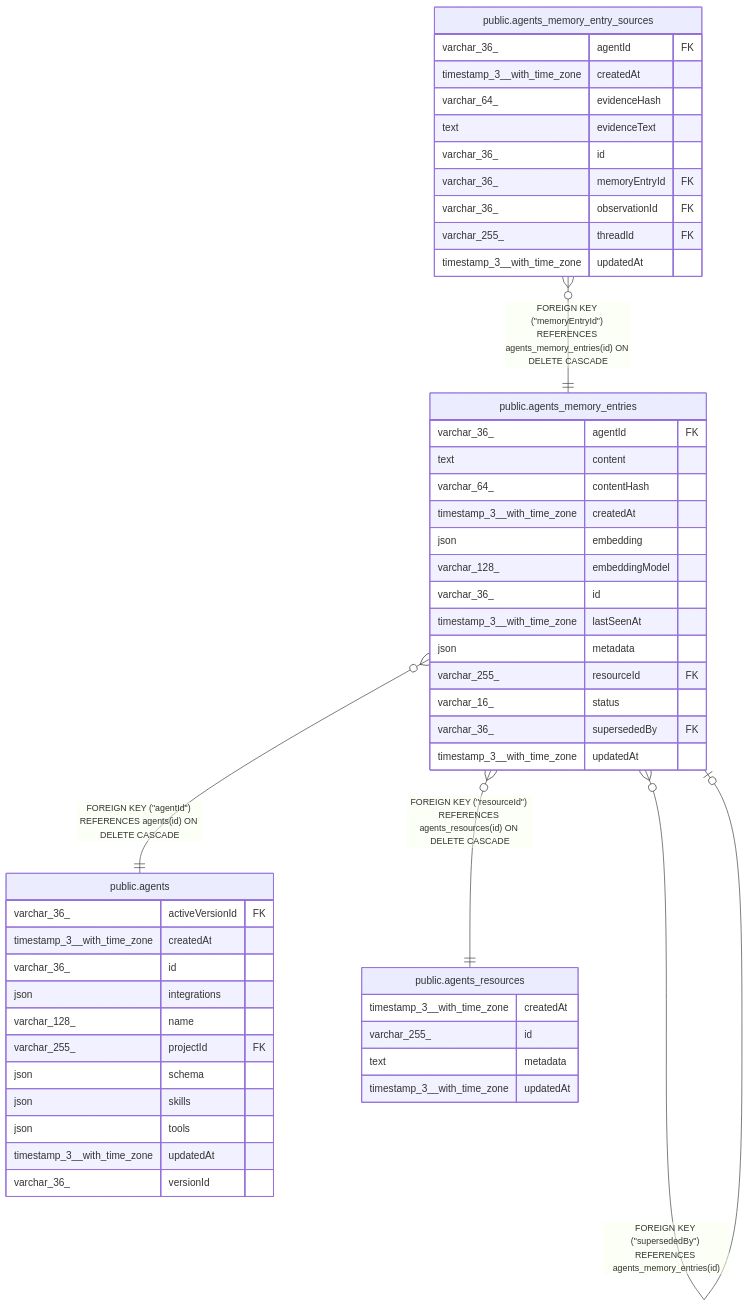
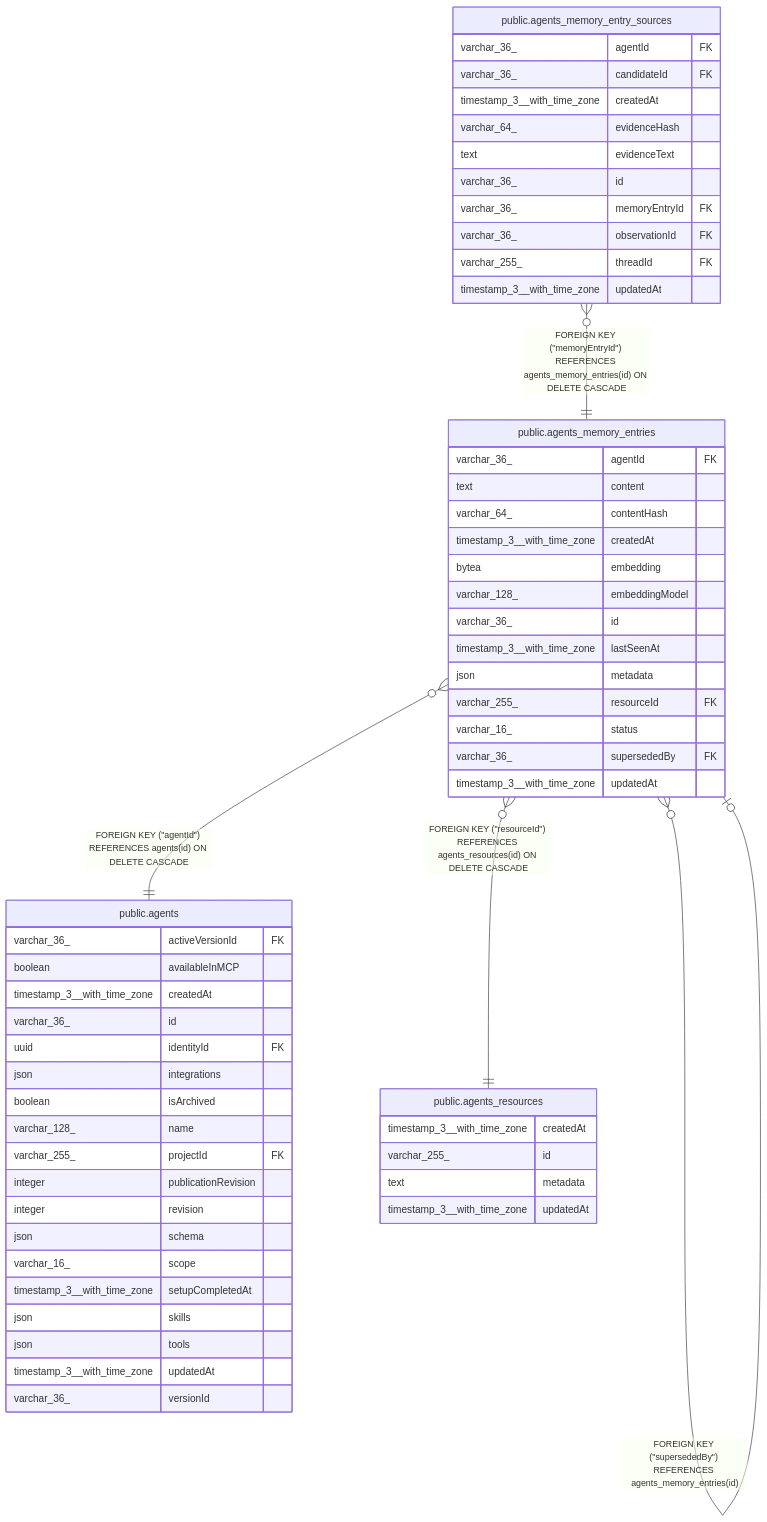
One commit to koreatest12/studys changed the diagram in n8n_integration/n8n_source/docs/generated/postgres-schema/public.agents_memory_entries.md. Above: the diagram before and after it, drawn with Mermaid. The commit also changed other lines of this file and 23019 other files, not shown here.

````diff
--- a/n8n_integration/n8n_source/docs/generated/postgres-schema/public.agents_memory_entries.md
+++ b/n8n_integration/n8n_source/docs/generated/postgres-schema/public.agents_memory_entries.md
@@ -52,54 +52,62 @@
 ```mermaid
 erDiagram
 
 "public.agents_memory_entries" }o--|| "public.agents" : "FOREIGN KEY (#quot;agentId#quot;) REFERENCES agents(id) ON DELETE CASCADE"
 "public.agents_memory_entries" }o--o| "public.agents_memory_entries" : "FOREIGN KEY (#quot;supersededBy#quot;) REFERENCES agents_memory_entries(id)"
 "public.agents_memory_entry_sources" }o--|| "public.agents_memory_entries" : "FOREIGN KEY (#quot;memoryEntryId#quot;) REFERENCES agents_memory_entries(id) ON DELETE CASCADE"
 "public.agents_memory_entries" }o--|| "public.agents_resources" : "FOREIGN KEY (#quot;resourceId#quot;) REFERENCES agents_resources(id) ON DELETE CASCADE"
 
 "public.agents_memory_entries" {
   varchar_36_ agentId FK
   text content
   varchar_64_ contentHash
   timestamp_3__with_time_zone createdAt
-  json embedding
+  bytea embedding
   varchar_128_ embeddingModel
   varchar_36_ id
   timestamp_3__with_time_zone lastSeenAt
   json metadata
   varchar_255_ resourceId FK
   varchar_16_ status
   varchar_36_ supersededBy FK
   timestamp_3__with_time_zone updatedAt
 }
 "public.agents" {
   varchar_36_ activeVersionId FK
+  boolean availableInMCP
   timestamp_3__with_time_zone createdAt
   varchar_36_ id
+  uuid identityId FK
   json integrations
+  boolean isArchived
   varchar_128_ name
   varchar_255_ projectId FK
+  integer publicationRevision
+  integer revision
   json schema
+  varchar_16_ scope
+  timestamp_3__with_time_zone setupCompletedAt
   json skills
   json tools
   timestamp_3__with_time_zone updatedAt
   varchar_36_ versionId
 }
 "public.agents_memory_entry_sources" {
   varchar_36_ agentId FK
+  varchar_36_ candidateId FK
   timestamp_3__with_time_zone createdAt
   varchar_64_ evidenceHash
   text evidenceText
   varchar_36_ id
   varchar_36_ memoryEntryId FK
   varchar_36_ observationId FK
   varchar_255_ threadId FK
   timestamp_3__with_time_zone updatedAt
 }
 "public.agents_resources" {
   timestamp_3__with_time_zone createdAt
   varchar_255_ id
   text metadata
   timestamp_3__with_time_zone updatedAt
 }
 ```
````
